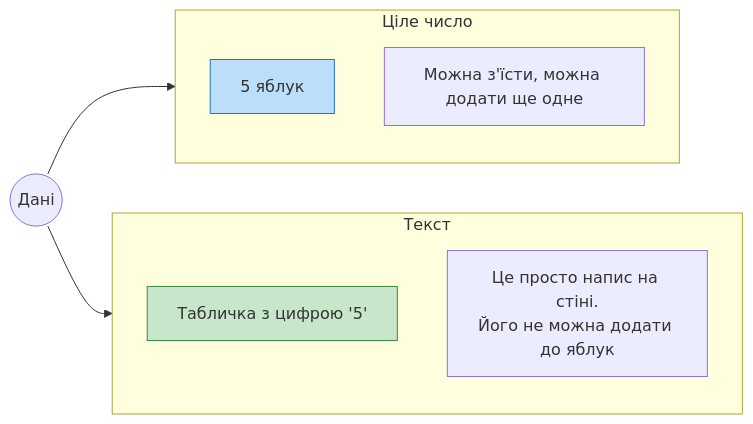
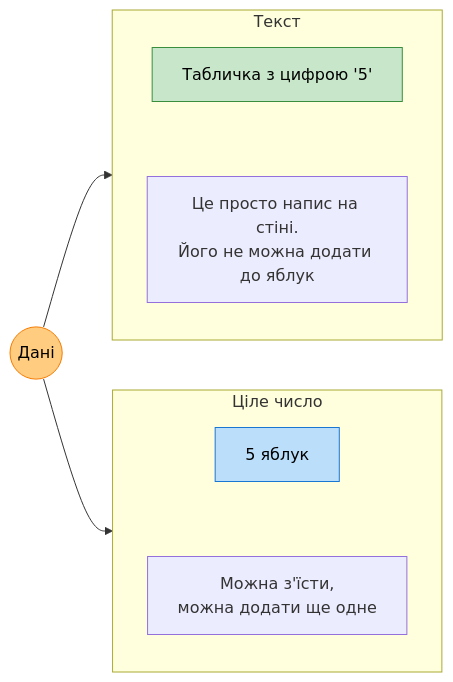
The fourth of 4 diagrams in content/Курс python/lesson1.md (dmytroway/python3-code-inf), drawn with Mermaid before and after one commit. The commit also changed other lines of this file, not shown here.

Commit message:
мермейд

````diff
--- a/content/Курс python/lesson1.md
+++ b/content/Курс python/lesson1.md
@@ -212,20 +216,28 @@
 ```mermaid
-graph LR
-    Data((Дані))
+flowchart LR
+    Data(("Дані"))
     
-    subgraph INT [Ціле число]
-        I[5 яблук]
-        DescI[Можна з'їсти, можна додати ще одне]
+    subgraph INT ["Ціле число"]
+        direction TB
+        I["5 яблук"]
+        DescI["Можна з'їсти,<br/>можна додати ще одне"]
     end
 
-    subgraph STR [Текст]
+    subgraph STR ["Текст"]
+        direction TB
         S["Табличка з цифрою '5'"]
-        DescS[Це просто напис на стіні.<br/>Його не можна додати до яблук]
+        DescS["Це просто напис на стіні.<br/>Його не можна додати до яблук"]
     end
 
-    Data --> INT
-    Data --> STR
+    %% Зв'язки (ведемо до конкретних елементів для надійності)
+    Data --> I
+    Data --> S
+    
+    %% Можна зробити невидимі зв'язки всередині для красивого розташування
+    I ~~~ DescI
+    S ~~~ DescS
 
-    style I fill:#bbdefb,stroke:#1976D2
-    style S fill:#c8e6c9,stroke:#388E3C
+    style I fill:#bbdefb,stroke:#1976D2,color:black
+    style S fill:#c8e6c9,stroke:#388E3C,color:black
+    style Data fill:#ffcc80,stroke:#f57c00,color:black
 ```
````
